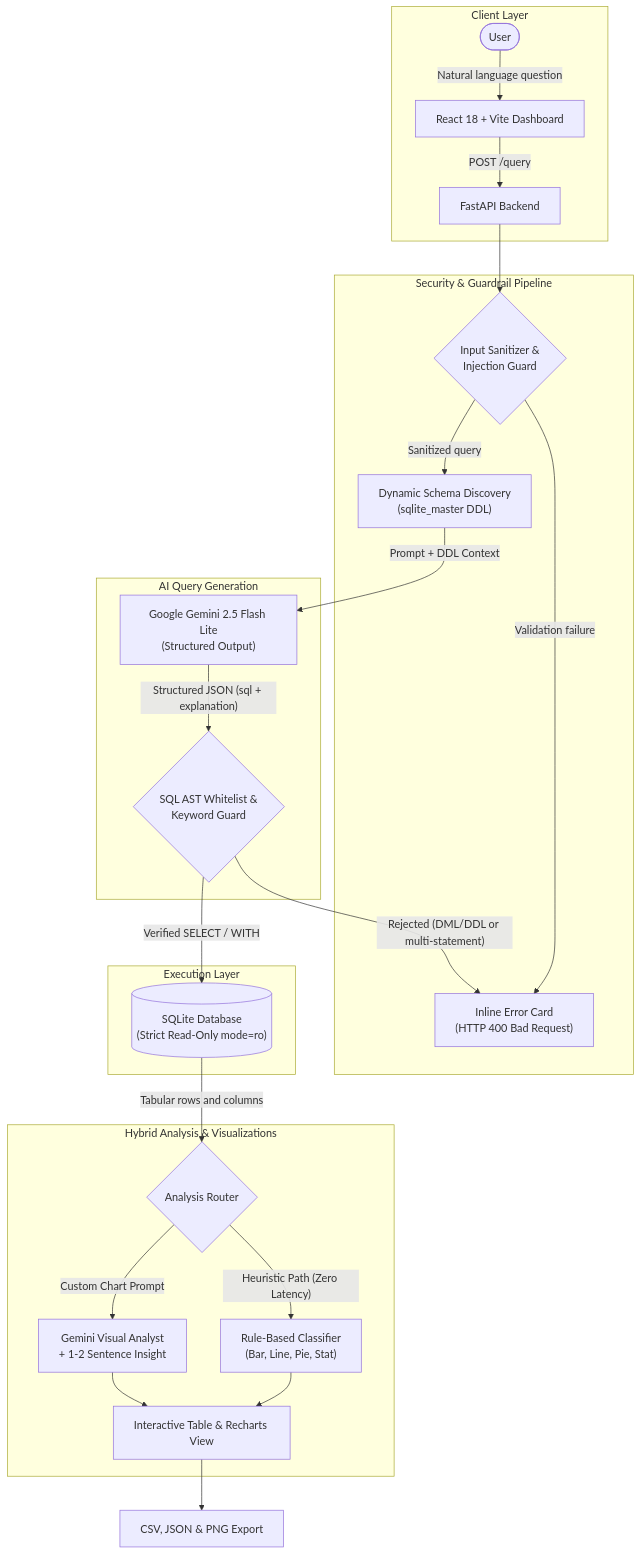
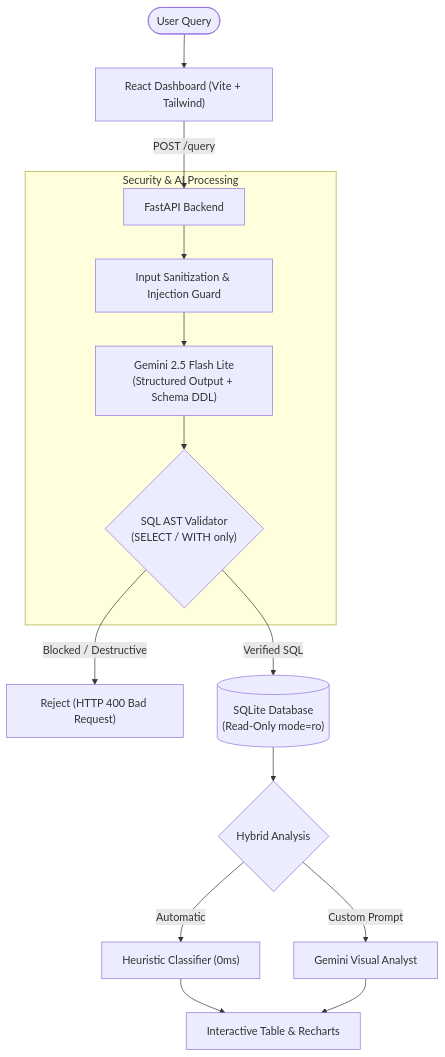
Before and after one commit to scbarut/Text-to-SQL-Query-Generator: the first of 2 diagrams in README.md, drawn with Mermaid. The commit also changed other lines of this file, not shown here.

Commit message:
docs(readme): simplify architecture diagram, clean overview, and fix toc anchors

````diff
--- a/README.md
+++ b/README.md
@@ -95,33 +97,21 @@
 ```mermaid
 flowchart TD
-    subgraph Client ["Client Layer"]
-        User(["User"]) -->|"Natural language question"| UI["React 18 + Vite Dashboard"]
-        UI -->|"POST /query"| API["FastAPI Backend"]
+    User(["User Query"]) --> UI["React Dashboard (Vite + Tailwind)"]
+    UI -->|"POST /query"| API["FastAPI Backend"]
+
+    subgraph Pipeline ["Security & AI Processing"]
+        API --> Sanitize["Input Sanitization & Injection Guard"]
+        Sanitize --> Gemini["Gemini 2.5 Flash Lite<br/>(Structured Output + Schema DDL)"]
+        Gemini --> AST{"SQL AST Validator<br/>(SELECT / WITH only)"}
     end
 
-    subgraph Security ["Security & Guardrail Pipeline"]
-        API --> InputCheck{"Input Sanitizer &<br/>Injection Guard"}
-        InputCheck -->|"Validation failure"| ErrorCard["Inline Error Card<br/>(HTTP 400 Bad Request)"]
-        InputCheck -->|"Sanitized query"| SchemaDiscovery["Dynamic Schema Discovery<br/>(sqlite_master DDL)"]
-    end
+    AST -->|"Blocked / Destructive"| Reject["Reject (HTTP 400 Bad Request)"]
+    AST -->|"Verified SQL"| DB[("SQLite Database<br/>(Read-Only mode=ro)")]
 
-    subgraph LLM ["AI Query Generation"]
-        SchemaDiscovery -->|"Prompt + DDL Context"| Gemini["Google Gemini 2.5 Flash Lite<br/>(Structured Output)"]
-        Gemini -->|"Structured JSON (sql + explanation)"| ASTCheck{"SQL AST Whitelist &<br/>Keyword Guard"}
-        ASTCheck -->|"Rejected (DML/DDL or multi-statement)"| ErrorCard
-    end
+    DB --> Analysis{"Hybrid Analysis"}
+    Analysis -->|"Automatic"| Heuristic["Heuristic Classifier (0ms)"]
+    Analysis -->|"Custom Prompt"| LLMChart["Gemini Visual Analyst"]
 
-    subgraph Database ["Execution Layer"]
-        ASTCheck -->|"Verified SELECT / WITH"| Engine[("SQLite Database<br/>(Strict Read-Only mode=ro)")]
-    end
-
-    subgraph Analytics ["Hybrid Analysis & Visualizations"]
-        Engine -->|"Tabular rows and columns"| Router{"Analysis Router"}
-        Router -->|"Heuristic Path (Zero Latency)"| Heuristic["Rule-Based Classifier<br/>(Bar, Line, Pie, Stat)"]
-        Router -->|"Custom Chart Prompt"| LLMVisual["Gemini Visual Analyst<br/>+ 1-2 Sentence Insight"]
-        Heuristic --> Presentation["Interactive Table & Recharts View"]
-        LLMVisual --> Presentation
-    end
-
-    Presentation --> Exports["CSV, JSON & PNG Export"]
+    Heuristic --> Results["Interactive Table & Recharts"]
+    LLMChart --> Results
 ```
````
